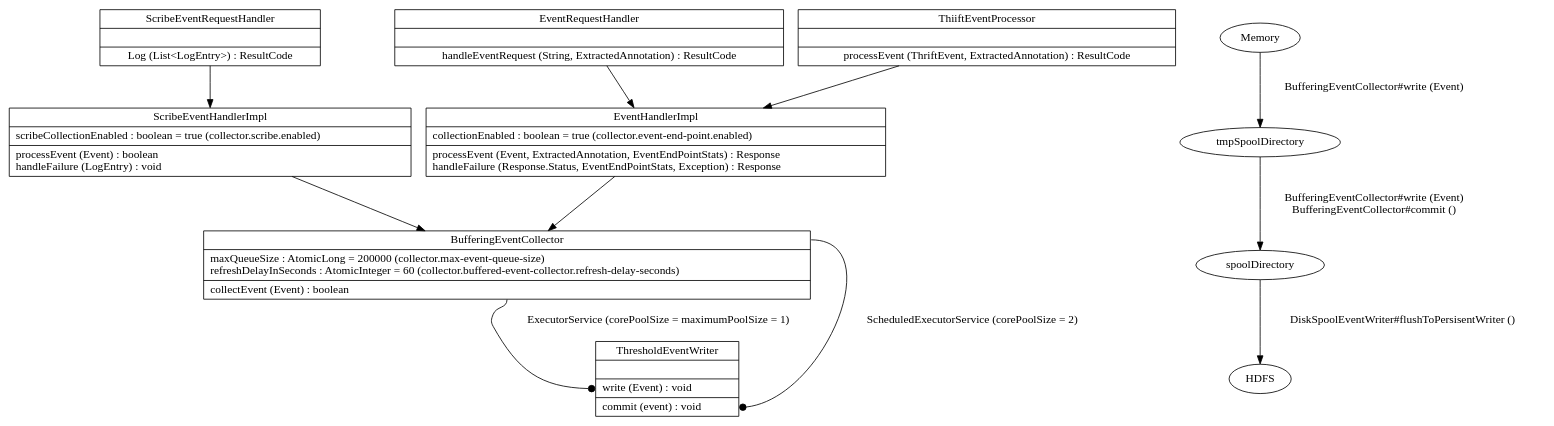
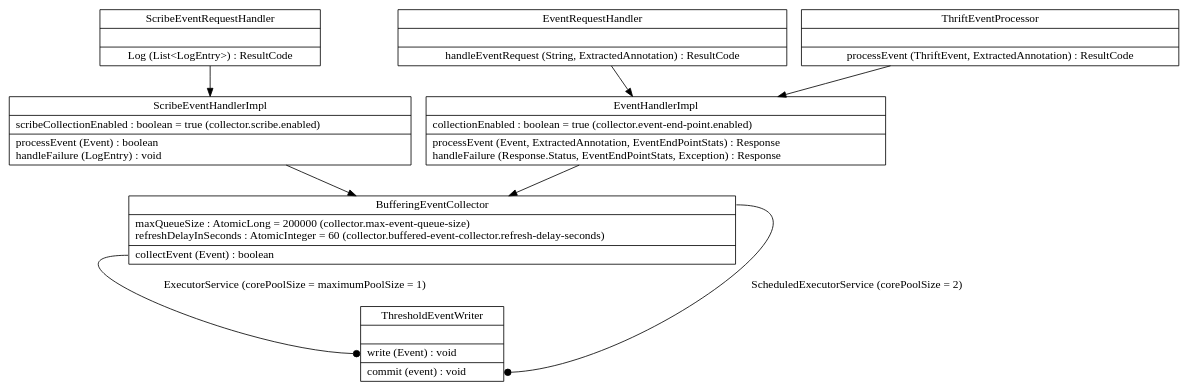
Before and after one commit to pierre/dwarf: the diagram in resources/collector_event_flow.dot, drawn with Graphviz. The commit also changed 6 other files, not shown here.

Commit message:
resources: add collector Hadoop flow

```diff
--- a/resources/collector_event_flow.dot
+++ b/resources/collector_event_flow.dot
@@ -1,47 +1,41 @@
 digraph g {
     subgraph request_handlers {
         label = "Request handlers"
 
         "scribe_resource" [
             label = "{ScribeEventRequestHandler| |Log (List\<LogEntry\>) : ResultCode}"
             shape = "record"
         ];
         "scribe_handler" [
             label = "{ScribeEventHandlerImpl|scribeCollectionEnabled : boolean = true (collector.scribe.enabled)\l|processEvent (Event) : boolean\lhandleFailure (LogEntry) : void\l}"
             shape = "record"
         ];
         "get_request_resource" [
             label = "{EventRequestHandler| |handleEventRequest (String, ExtractedAnnotation) : ResultCode}"
             shape = "record"
         ];
         "post_request_resource" [
-            label = "{ThiiftEventProcessor| |processEvent (ThriftEvent, ExtractedAnnotation) : ResultCode}"
+            label = "{ThriftEventProcessor| |processEvent (ThriftEvent, ExtractedAnnotation) : ResultCode}"
             shape = "record"
         ];
         "event_handler" [
             label = "{EventHandlerImpl|collectionEnabled : boolean = true (collector.event-end-point.enabled)\l|processEvent (Event, ExtractedAnnotation, EventEndPointStats) : Response\lhandleFailure (Response.Status, EventEndPointStats, Exception) : Response\l}"
             shape = "record"
         ];
         "buffer" [
             label = "{<f2>BufferingEventCollector|maxQueueSize : AtomicLong = 200000 (collector.max-event-queue-size)\lrefreshDelayInSeconds : AtomicInteger = 60 (collector.buffered-event-collector.refresh-delay-seconds)\l|<f1>collectEvent (Event) : boolean\l}"
             shape = "record"
         ];
         "tevent_writer" [
             label = "{ThresholdEventWriter| |<f1>write (Event) : void\l|<f2>commit (event) : void\l}"
             shape = "record"
         ];
 
         scribe_resource -> scribe_handler -> buffer
         get_request_resource -> event_handler
         post_request_resource -> event_handler
         event_handler -> buffer
         buffer:f1 -> tevent_writer:f1 [arrowhead = dot, label = "ExecutorService (corePoolSize = maximumPoolSize = 1)"]
         buffer:f2 -> tevent_writer:f2 [arrowhead = dot, label = "ScheduledExecutorService (corePoolSize = 2)"]
     }
-
-    subgraph write_queues {
-        Memory -> tmpSpoolDirectory [ label = "BufferingEventCollector#write (Event)" ]
-        tmpSpoolDirectory -> spoolDirectory [ label = "BufferingEventCollector#write (Event)\nBufferingEventCollector#commit ()" ]
-        spoolDirectory -> HDFS [ label = "DiskSpoolEventWriter#flushToPersisentWriter ()" ]
-   }
 }
```
